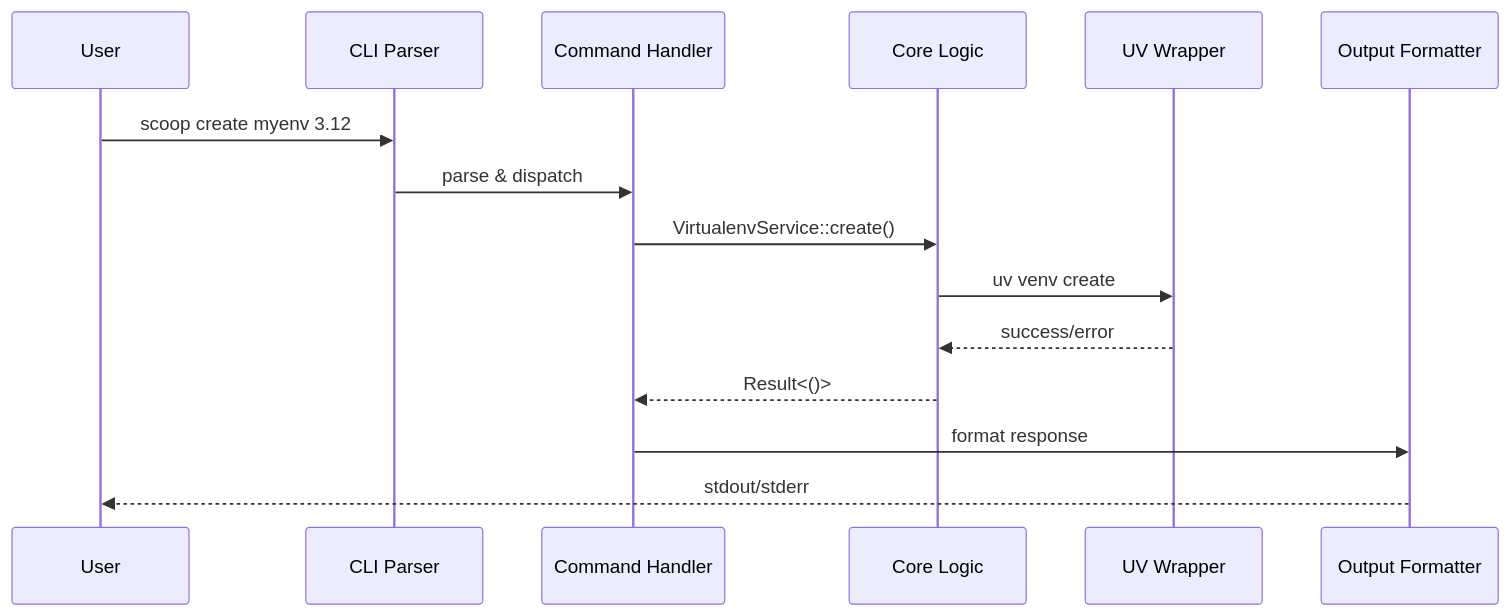
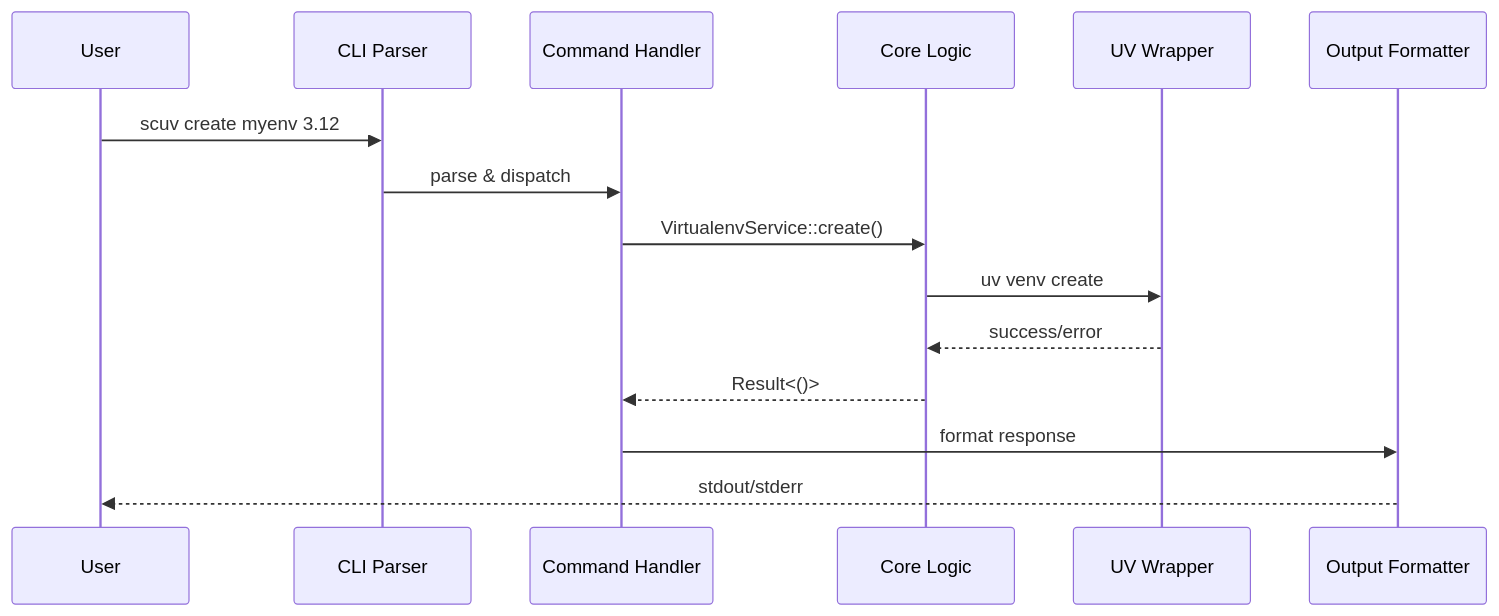
One commit to ai-screams/scoop-uv changed the second of 6 diagrams in docs/src/development/architecture.md. Above: the diagram before and after it, drawn with Mermaid. The commit also changed other lines of this file and 46 other files, not shown here.

````diff
--- a/docs/src/development/architecture.md
+++ b/docs/src/development/architecture.md
@@ -178,18 +178,18 @@
 ```mermaid
 sequenceDiagram
     participant User
     participant CLI as CLI Parser
     participant Cmd as Command Handler
     participant Core as Core Logic
     participant UV as UV Wrapper
     participant Output as Output Formatter
 
-    User->>CLI: scoop create myenv 3.12
+    User->>CLI: scuv create myenv 3.12
     CLI->>Cmd: parse & dispatch
     Cmd->>Core: VirtualenvService::create()
     Core->>UV: uv venv create
     UV-->>Core: success/error
     Core-->>Cmd: Result<()>
     Cmd->>Output: format response
     Output-->>User: stdout/stderr
 ```
````
